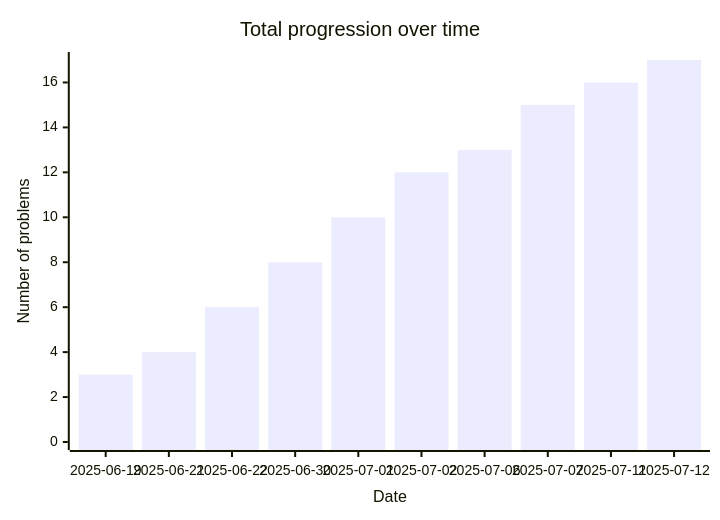
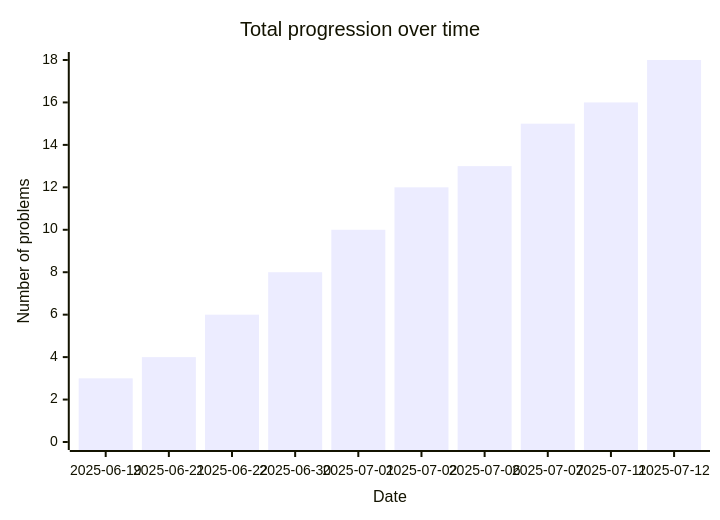
The diagram in README.md (Hugo-Hbrt/leetcode-diary), drawn with Mermaid before and after one commit. The commit also changed other lines of this file and 1 other file, not shown here.

Commit message:
[BOT] Update README files

````diff
--- a/README.md
+++ b/README.md
@@ -14,10 +14,10 @@
 ```mermaid
 ---
 config:
 ---
 xychart-beta
     title "Total progression over time"
     x-axis Date[2025-06-19, 2025-06-21, 2025-06-22, 2025-06-30, 2025-07-01, 2025-07-02, 2025-07-06, 2025-07-07, 2025-07-11, 2025-07-12]
-    y-axis "Number of problems" 0 --> 17
-    bar[3, 4, 6, 8, 10, 12, 13, 15, 16, 17]
+    y-axis "Number of problems" 0 --> 18
+    bar[3, 4, 6, 8, 10, 12, 13, 15, 16, 18]
 ```
````
